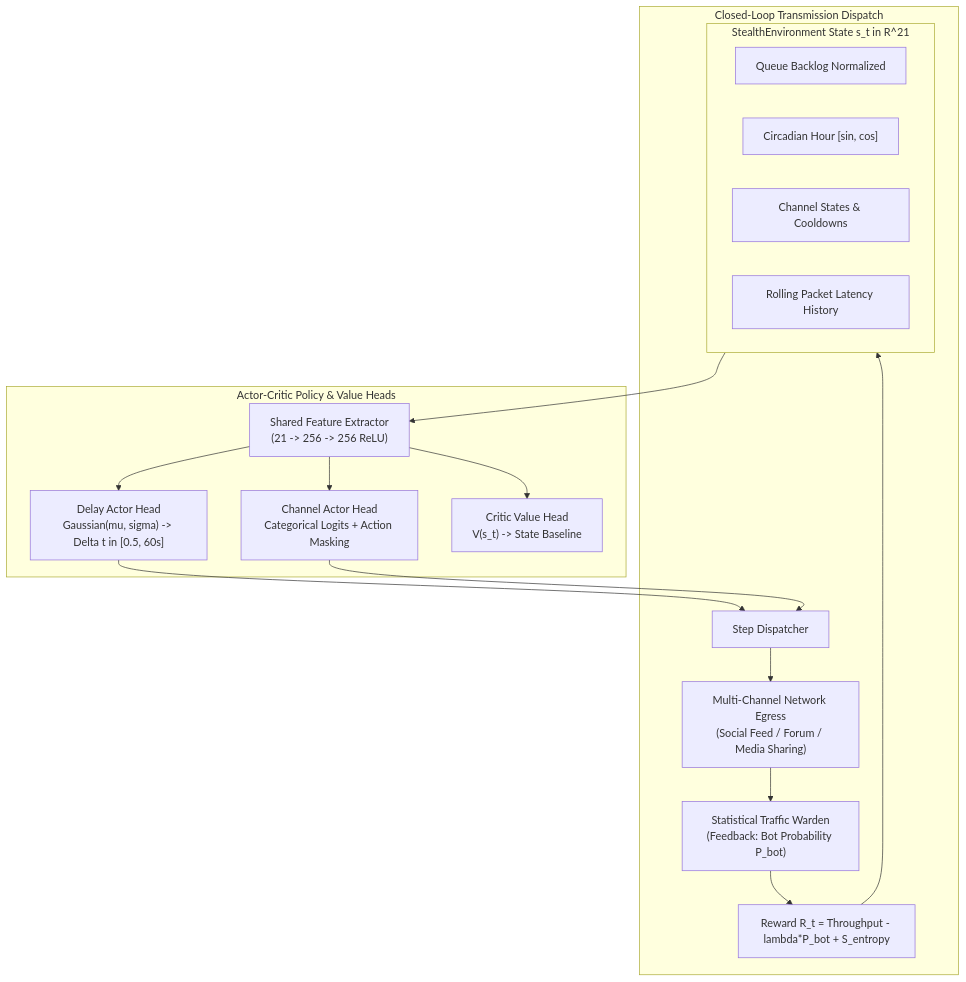
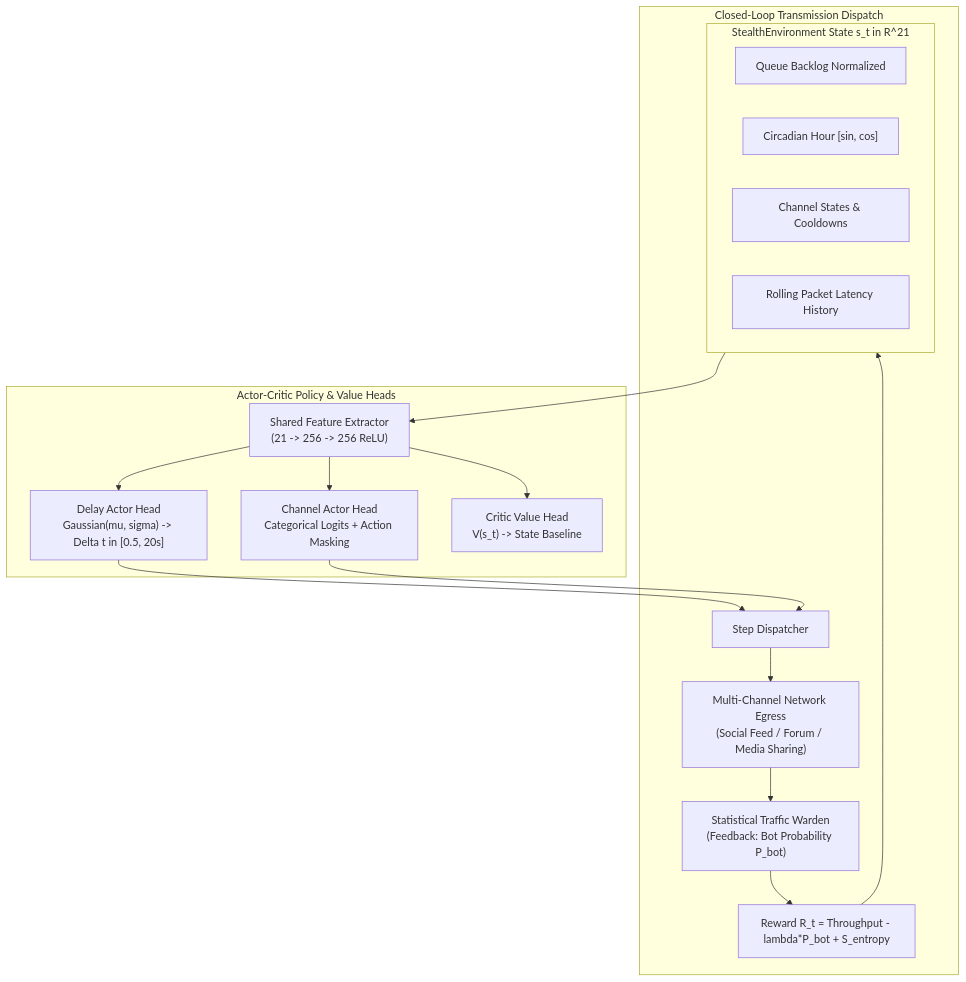
One commit to jeevan4476/DCASS changed the diagram in docs/modules/07_PPO_REINFORCEMENT_LEARNING_SCHEDULER.md. Above: the diagram before and after it, drawn with Mermaid. The commit also changed other lines of this file and 271 other files, not shown here.

````diff
--- a/docs/modules/07_PPO_REINFORCEMENT_LEARNING_SCHEDULER.md
+++ b/docs/modules/07_PPO_REINFORCEMENT_LEARNING_SCHEDULER.md
@@ -19,26 +19,26 @@
 ```mermaid
 flowchart TD
     subgraph EnvState["StealthEnvironment State s_t in R^21"]
         Q["Queue Backlog Normalized"]
         H["Circadian Hour [sin, cos]"]
         CH["Channel States & Cooldowns"]
         LAT["Rolling Packet Latency History"]
     end
 
     EnvState --> SHARED["Shared Feature Extractor\n(21 -> 256 -> 256 ReLU)"]
 
     subgraph DualHeads["Actor-Critic Policy & Value Heads"]
-        SHARED --> DELAY["Delay Actor Head\nGaussian(mu, sigma) -> Delta t in [0.5, 60s]"]
+        SHARED --> DELAY["Delay Actor Head\nGaussian(mu, sigma) -> Delta t in [0.5, 20s]"]
         SHARED --> CHAN["Channel Actor Head\nCategorical Logits + Action Masking"]
         SHARED --> VALUE["Critic Value Head\nV(s_t) -> State Baseline"]
     end
 
     subgraph ClosedLoop["Closed-Loop Transmission Dispatch"]
         DELAY --> DISP["Step Dispatcher"]
         CHAN --> DISP
         DISP --> NET["Multi-Channel Network Egress\n(Social Feed / Forum / Media Sharing)"]
         NET --> WARDEN["Statistical Traffic Warden\n(Feedback: Bot Probability P_bot)"]
         WARDEN --> REWARD["Reward R_t = Throughput - lambda*P_bot + S_entropy"]
         REWARD --> EnvState
     end
 ```
````
